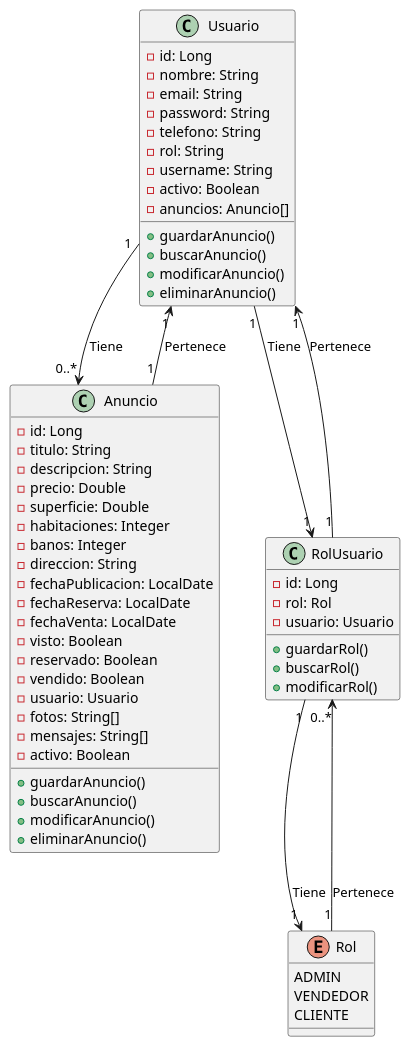
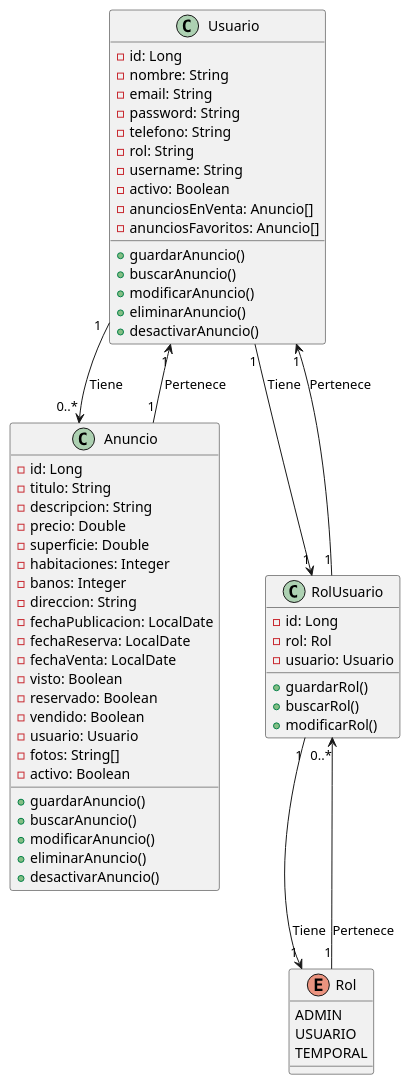
One commit to leoperezhinojosa/inmojaen changed the diagram in docs/diagrama-clases.puml. Above: the diagram before and after it, drawn with PlantUML. The commit also changed 15 other files, not shown here.

```diff
--- a/docs/diagrama-clases.puml
+++ b/docs/diagrama-clases.puml
@@ -1,68 +1,69 @@
 @startuml Diagrama de Clases - InmoJaen
 
 class Usuario {
     - id: Long
     - nombre: String
     - email: String
     - password: String
     - telefono: String
     - rol: String
     - username: String
     - activo: Boolean
-    - anuncios: Anuncio[]
+    - anunciosEnVenta: Anuncio[]
+    - anunciosFavoritos: Anuncio[]
     + guardarAnuncio()
     + buscarAnuncio()
     + modificarAnuncio()
     + eliminarAnuncio()
+    + desactivarAnuncio()
 }
 
 class Anuncio {
     - id: Long
     - titulo: String
     - descripcion: String
     - precio: Double
     - superficie: Double
     - habitaciones: Integer
     - banos: Integer
     - direccion: String
     - fechaPublicacion: LocalDate
     - fechaReserva: LocalDate
     - fechaVenta: LocalDate
     - visto: Boolean
     - reservado: Boolean
     - vendido: Boolean
     - usuario: Usuario
     - fotos: String[]
-    - mensajes: String[]
     - activo: Boolean
     + guardarAnuncio()
     + buscarAnuncio()
     + modificarAnuncio()
     + eliminarAnuncio()
+    + desactivarAnuncio()
 }
 
 enum Rol {
     ADMIN
-    VENDEDOR
-    CLIENTE
+    USUARIO
+    TEMPORAL
 }
 
 class RolUsuario {
     - id: Long
     - rol: Rol
     - usuario: Usuario
     + guardarRol()
     + buscarRol()
     + modificarRol()
 }
 
 Usuario "1" --> "0..*" Anuncio : Tiene
 Anuncio "1" --> "1" Usuario : Pertenece
 Usuario "1" --> "1" RolUsuario : Tiene
 RolUsuario "1" --> "1" Usuario : Pertenece
 
 RolUsuario "1" --> "1" Rol : Tiene
 Rol "1" --> "0..*" RolUsuario : Pertenece
 
-
 @enduml
```
